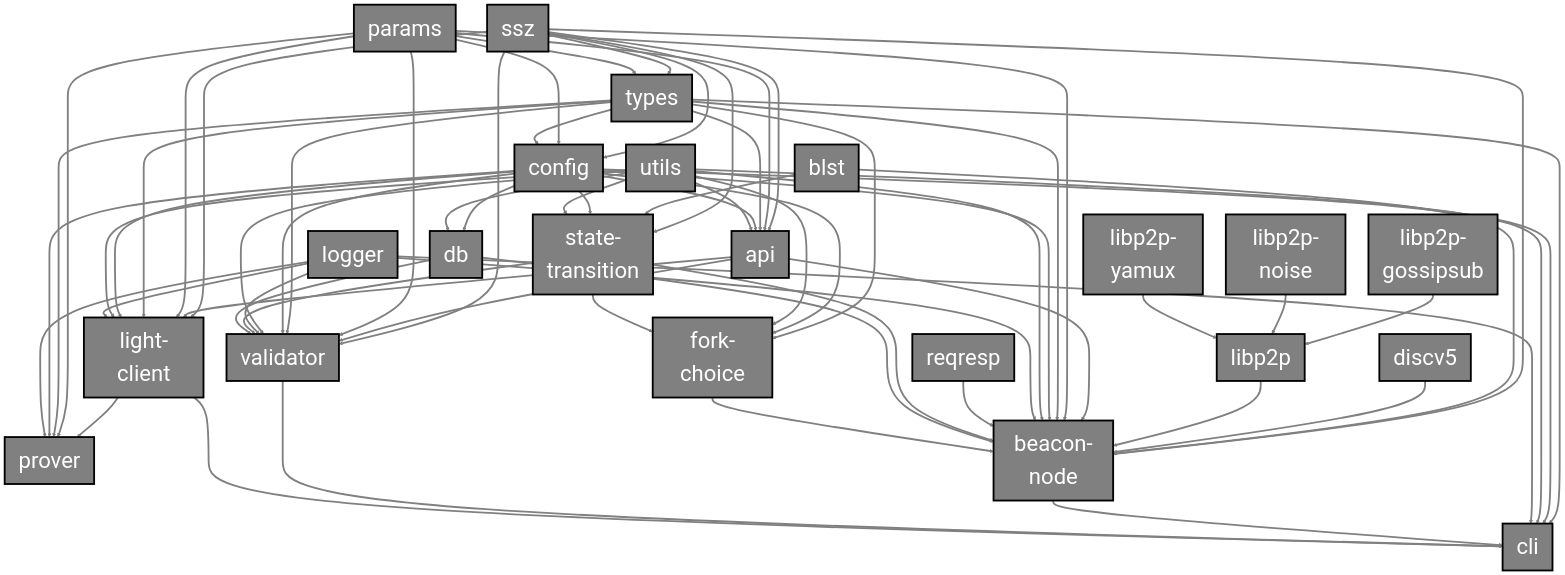
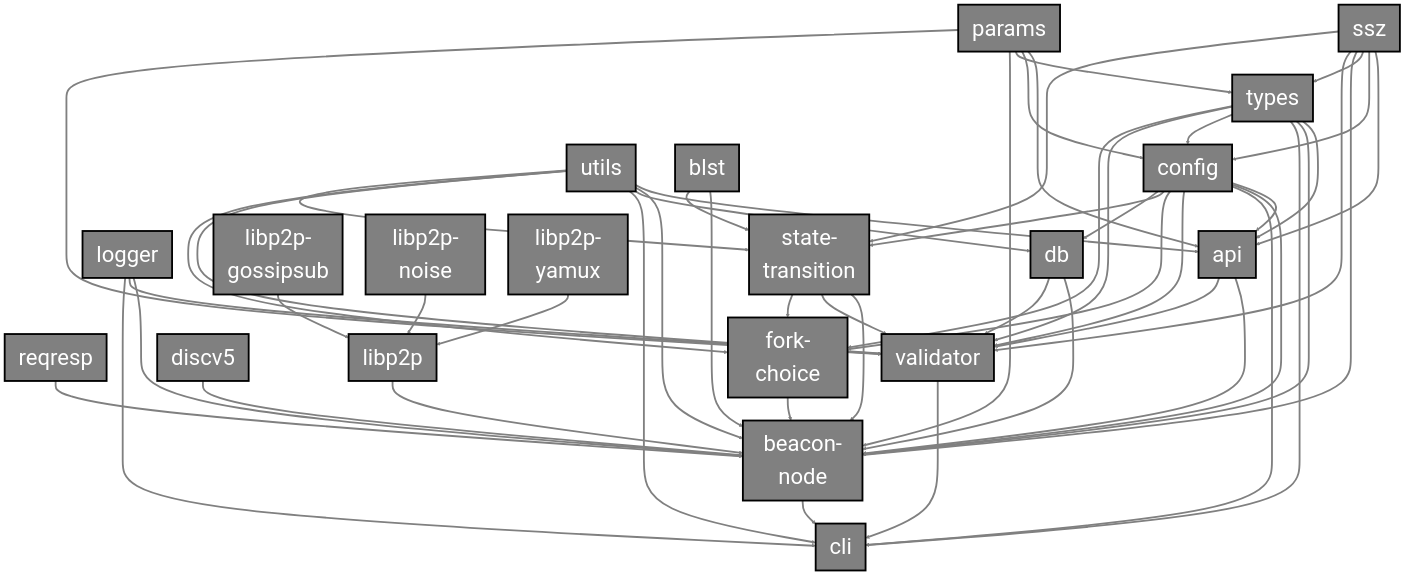
One commit to ChainSafe/lodestar changed the diagram in docs/pages/contribution/depgraph.md. Above: the diagram before and after it, drawn with Mermaid. The commit also changed other lines of this file and 173 other files, not shown here.

````diff
--- a/docs/pages/contribution/depgraph.md
+++ b/docs/pages/contribution/depgraph.md
@@ -13,8 +13,6 @@
 ```mermaid
 graph TD
     api["api"]:::nodemodule
-    light-client["light-client"]:::nodemodule
-    prover["prover"]:::nodemodule
     logger["logger"]:::nodemodule
     reqresp["reqresp"]:::nodemodule
     beacon-node["beacon-node"]:::nodemodule
@@ -40,7 +38,6 @@
     ssz-->types
     ssz-->beacon-node
     ssz-->validator
-    ssz-->light-client
     ssz-->state-transition
 
     blst-->beacon-node
@@ -56,17 +53,11 @@
 
     api-->beacon-node
     api-->validator
-    api-->light-client
-
-    light-client-->prover
-
     params-->api
     params-->config
     params-->types
     params-->beacon-node
     params-->validator
-    params-->light-client
-    params-->prover
 
     types-->api
     types-->beacon-node
@@ -74,8 +65,6 @@
     types-->config
     types-->validator
     types-->fork-choice
-    types-->light-client
-    types-->prover
 
     config-->api
     config-->beacon-node
@@ -84,8 +73,6 @@
     config-->fork-choice
     config-->state-transition
     config-->db
-    config-->light-client
-    config-->prover
 
     utils-->api
     utils-->beacon-node
@@ -94,12 +81,9 @@
     utils-->validator
     utils-->fork-choice
     utils-->state-transition
-    utils-->light-client
 
     logger-->beacon-node
     logger-->validator
-    logger-->light-client
-    logger-->prover
     logger-->cli
 
     reqresp-->beacon-node
@@ -115,11 +99,8 @@
 
     beacon-node-->cli
     validator-->cli
-    light-client-->cli
 
     click api "https://github.com/ChainSafe/lodestar/tree/unstable/packages/api"
-    click light-client "https://github.com/ChainSafe/lodestar/tree/unstable/packages/light-client"
-    click prover "https://github.com/ChainSafe/lodestar/tree/unstable/packages/prover"
     click logger "https://github.com/ChainSafe/lodestar/tree/unstable/packages/logger"
     click reqresp "https://github.com/ChainSafe/lodestar/tree/unstable/packages/reqresp"
     click cli "https://github.com/ChainSafe/lodestar/tree/unstable/packages/cli"
````
